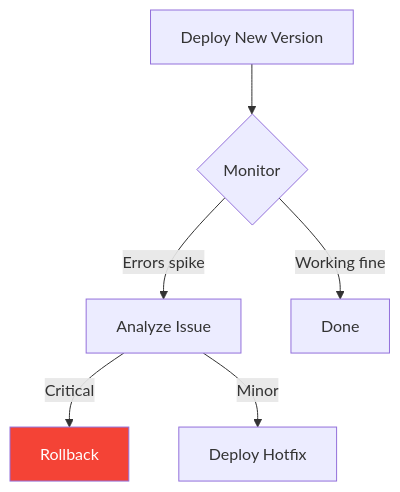
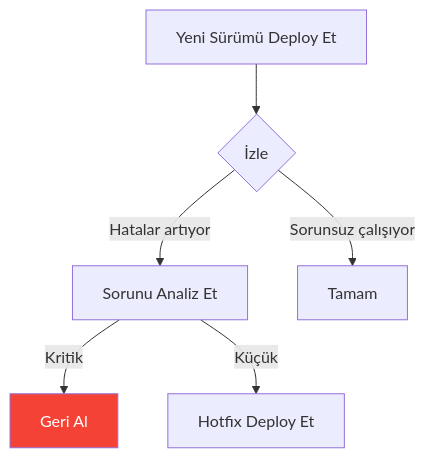
The seventh of 9 diagrams in Technical Tutorials/BTP/TR/chapters/11-agent-lifecycle.md (beyhanmeyrali/sap-all), drawn with Mermaid before and after one commit. The commit also changed other lines of this file and 11 other files, not shown here.

````diff
--- a/Technical Tutorials/BTP/TR/chapters/11-agent-lifecycle.md
+++ b/Technical Tutorials/BTP/TR/chapters/11-agent-lifecycle.md
@@ -320,10 +320,10 @@
 ```mermaid
 flowchart TD
-    DEPLOY[Deploy New Version] --> MONITOR{Monitor}
-    MONITOR --> |"Errors spike"| ANALYZE[Analyze Issue]
-    MONITOR --> |"Working fine"| DONE[Done]
-    ANALYZE --> |"Critical"| ROLLBACK[Rollback]
-    ANALYZE --> |"Minor"| HOTFIX[Deploy Hotfix]
+    DEPLOY[Yeni Sürümü Deploy Et] --> MONITOR{İzle}
+    MONITOR --> |"Hatalar artıyor"| ANALYZE[Sorunu Analiz Et]
+    MONITOR --> |"Sorunsuz çalışıyor"| DONE[Tamam]
+    ANALYZE --> |"Kritik"| ROLLBACK[Geri Al]
+    ANALYZE --> |"Küçük"| HOTFIX[Hotfix Deploy Et]
 
     style ROLLBACK fill:#f44336,color:white
 ```
````
